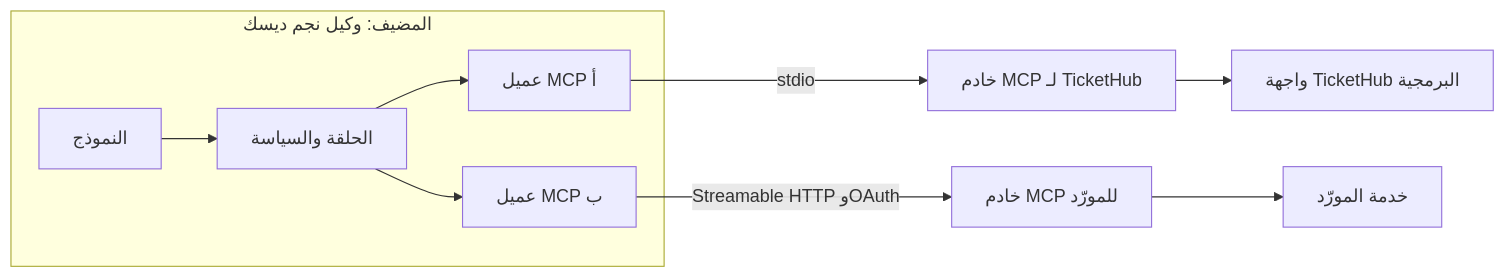
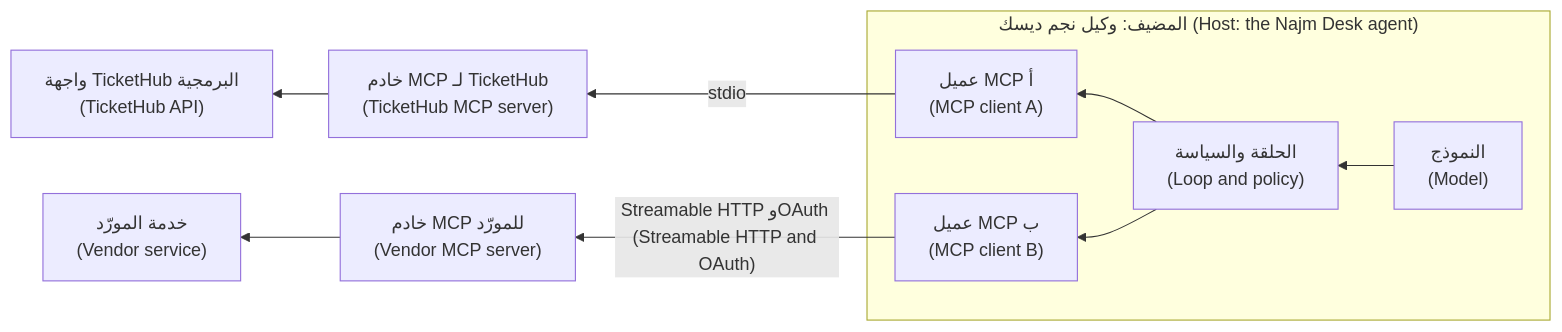
Before and after one commit to Tamoura/system-design-for-vibe-coders: the first of 2 diagrams in aiapps/modules/10-mcp.ar.md, drawn with Mermaid. The commit also changed other lines of this file and 17 other files, not shown here.

First line of the commit message:
AI applications & agents: Arabic edition complete (RTL diagrams, diagram glosses, translated 60-question exam)

````diff
--- a/aiapps/modules/10-mcp.ar.md
+++ b/aiapps/modules/10-mcp.ar.md
@@ -32,12 +32,12 @@
 ```mermaid
-flowchart LR
-    subgraph H["المضيف: وكيل نجم ديسك"]
-        M["النموذج"] --> P["الحلقة والسياسة"]
-        P --> C1["عميل MCP أ"]
-        P --> C2["عميل MCP ب"]
+flowchart RL
+    subgraph H["المضيف: وكيل نجم ديسك (Host: the Najm Desk agent)"]
+        M["النموذج<br/>(Model)"] --> P["الحلقة والسياسة<br/>(Loop and policy)"]
+        P --> C1["عميل MCP أ<br/>(MCP client A)"]
+        P --> C2["عميل MCP ب<br/>(MCP client B)"]
     end
-    C1 -->|"stdio"| S1["خادم MCP لـ TicketHub"]
-    C2 -->|"Streamable HTTP وOAuth"| S2["خادم MCP للمورّد"]
-    S1 --> T["واجهة TicketHub البرمجية"]
-    S2 --> V["خدمة المورّد"]
+    C1 -->|"stdio"| S1["خادم MCP لـ TicketHub<br/>(TicketHub MCP server)"]
+    C2 -->|"Streamable HTTP وOAuth (Streamable HTTP and OAuth)"| S2["خادم MCP للمورّد<br/>(Vendor MCP server)"]
+    S1 --> T["واجهة TicketHub البرمجية<br/>(TicketHub API)"]
+    S2 --> V["خدمة المورّد<br/>(Vendor service)"]
 ```
````
